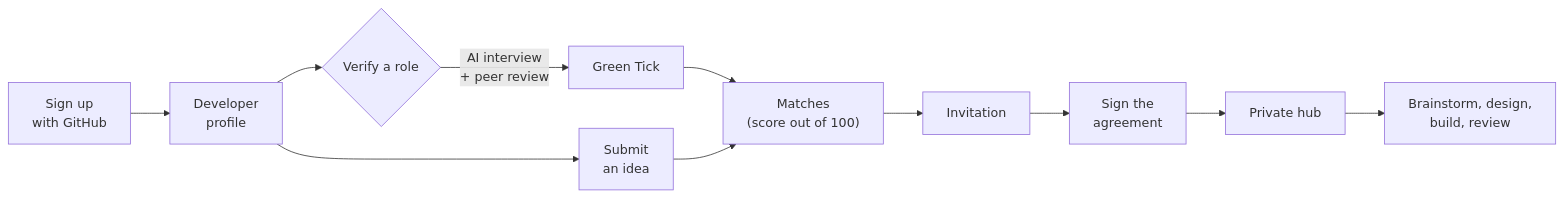
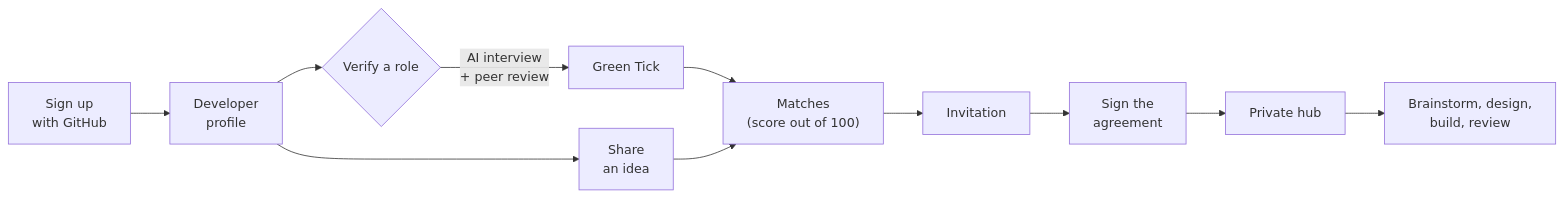
The first of 3 diagrams in README.md (AI-UNIPOD/Village-Sqwhere-ACODEV), drawn with Mermaid before and after one commit. The commit also changed other lines of this file and 1 other file, not shown here.

````diff
--- a/README.md
+++ b/README.md
@@ -66,13 +115,13 @@
 ```mermaid
 flowchart LR
   A["Sign up<br />with GitHub"] --> B["Developer<br />profile"]
   B --> V{"Verify a role"}
   V -- "AI interview<br />+ peer review" --> G["Green Tick"]
-  B --> C["Submit<br />an idea"]
+  B --> C["Share<br />an idea"]
   G --> M
   C --> M["Matches<br />(score out of 100)"]
   M --> I["Invitation"]
   I --> S["Sign the<br />agreement"]
   S --> H["Private hub"]
   H --> P["Brainstorm, design,<br />build, review"]
 ```
````
